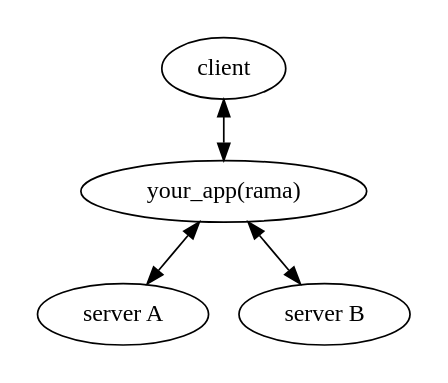
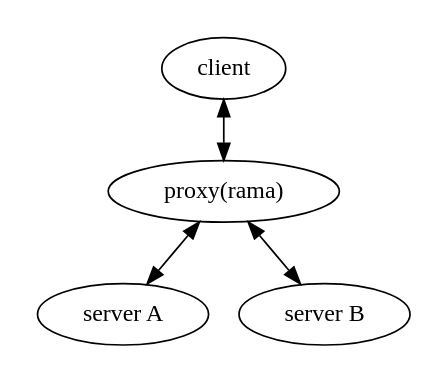
One commit to plabayo/rama changed the diagram in docs/book/src/proxies/reverse.md. Above: the diagram before and after it, drawn with Graphviz. The commit also changed 3 other files, not shown here.

````diff
--- a/docs/book/src/proxies/reverse.md
+++ b/docs/book/src/proxies/reverse.md
@@ -19,8 +19,8 @@
 ```dot process
 digraph {
     pad=0.2;
-    "client" -> "your_app(rama)" [dir=both]
-    "your_app(rama)" -> "server A" [dir=both]
-    "your_app(rama)" -> "server B" [dir=both]
+    "client" -> "proxy(rama)" [dir=both]
+    "proxy(rama)" -> "server A" [dir=both]
+    "proxy(rama)" -> "server B" [dir=both]
 }
 ```
````
